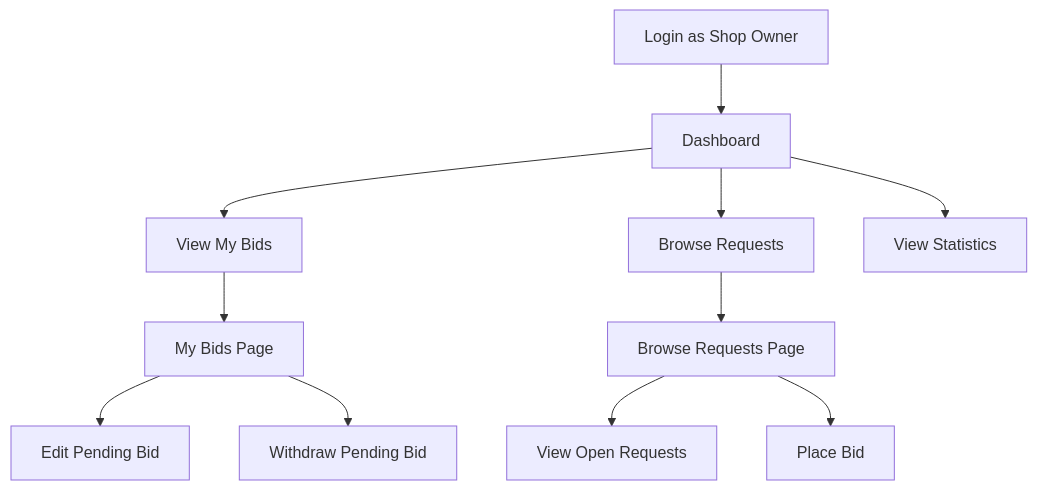
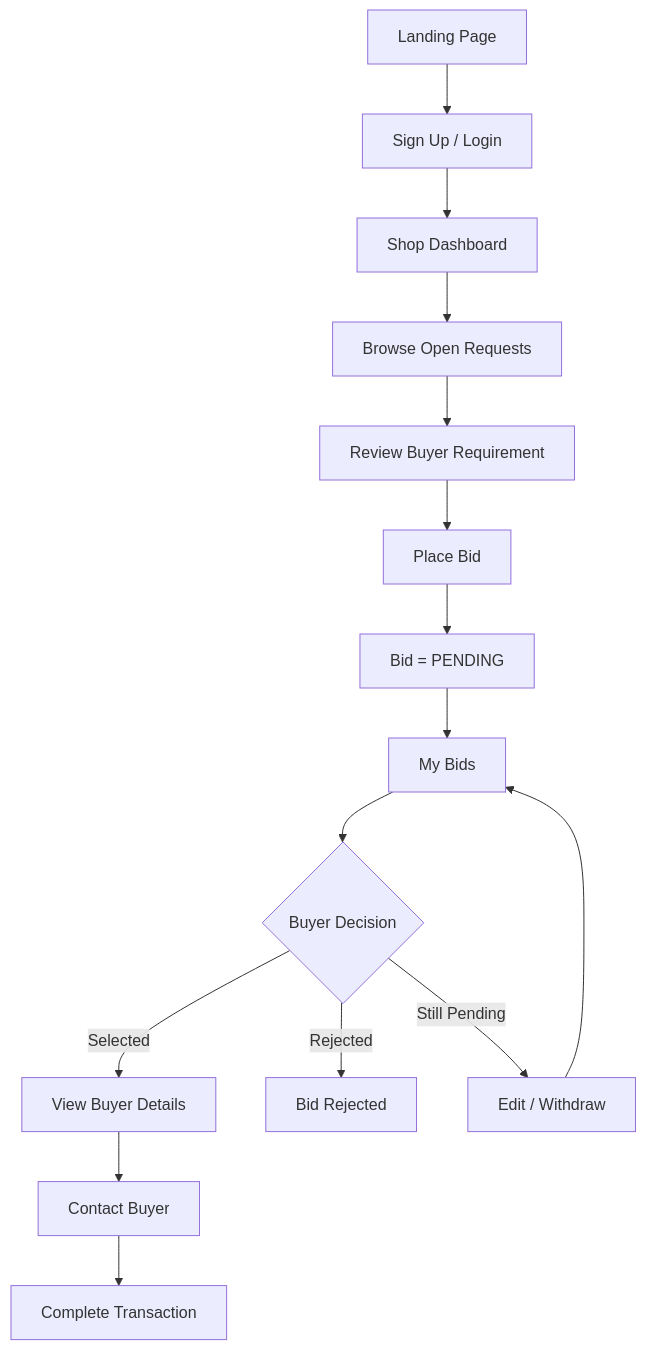
One commit to prateEKsaha07/marketflip changed the eighth of 17 diagrams in README.md. Above: the diagram before and after it, drawn with Mermaid. The commit also changed other lines of this file and 1 other file, not shown here.

Commit message:
Add complete project documentation for MarketFlip

````diff
--- a/README.md
+++ b/README.md
@@ -324,16 +687,18 @@
-```mermaid
+``` mermaid
 flowchart TD
-    A[Login as Shop Owner] --> B[Dashboard]
-    B --> C[View My Bids]
-    B --> D[Browse Requests]
-    B --> E[View Statistics]
-    
-    C --> F[My Bids Page]
-    D --> G[Browse Requests Page]
-    
-    F --> H[Edit Pending Bid]
-    F --> I[Withdraw Pending Bid]
-    
-    G --> J[View Open Requests]
-    G --> K[Place Bid]
+    A[Landing Page] --> B[Sign Up / Login]
+    B --> C[Shop Dashboard]
+    C --> D[Browse Open Requests]
+    D --> E[Review Buyer Requirement]
+    E --> F[Place Bid]
+    F --> G[Bid = PENDING]
+    G --> H[My Bids]
+
+    H --> I{Buyer Decision}
+    I -->|Selected| J[View Buyer Details]
+    I -->|Rejected| K[Bid Rejected]
+    I -->|Still Pending| L[Edit / Withdraw]
+    L --> H
+    J --> M[Contact Buyer]
+    M --> N[Complete Transaction]
 ```
````
